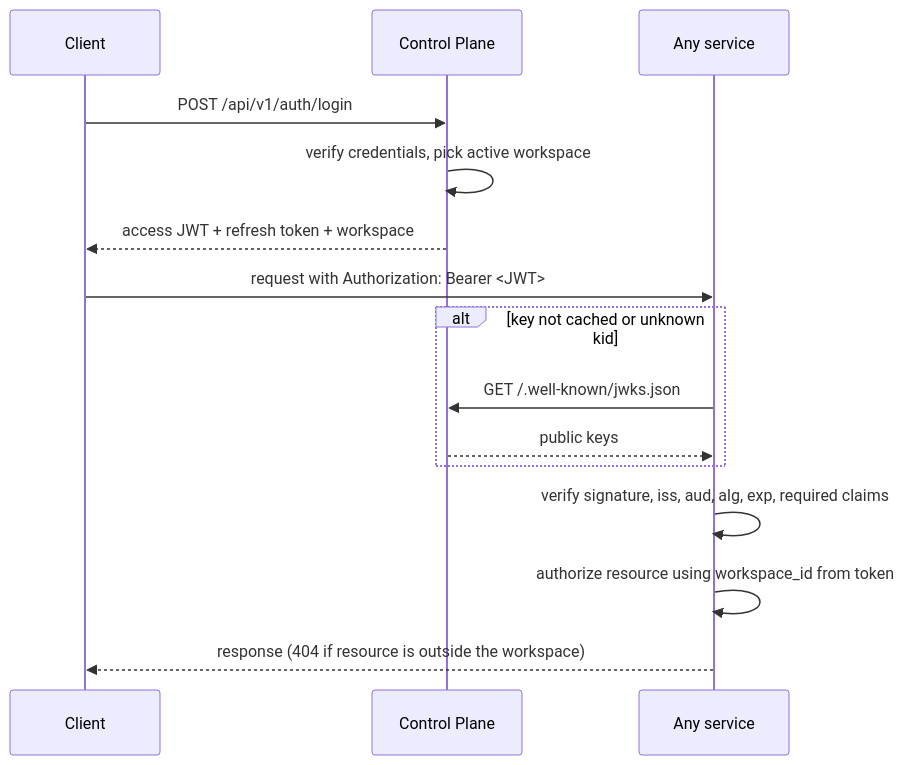
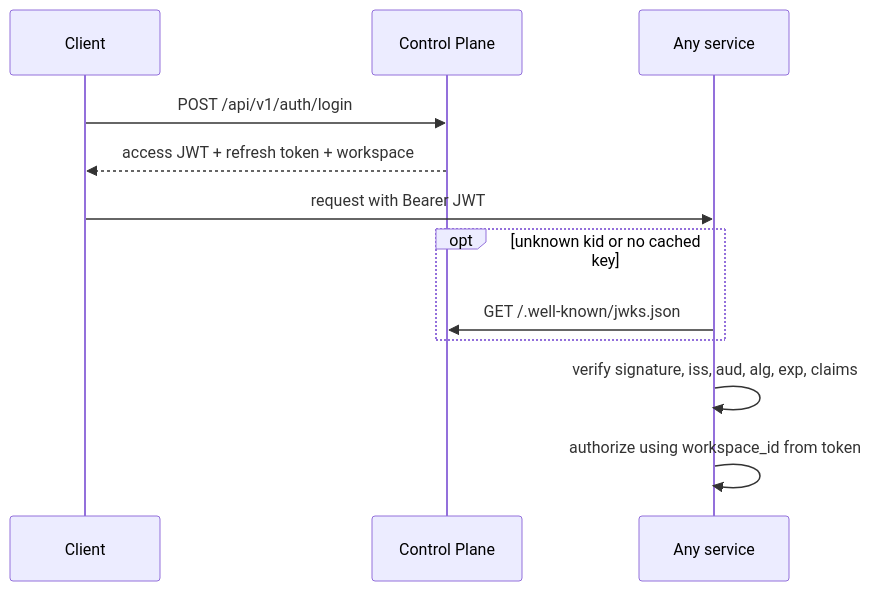
One commit to abhinavashokm/faultline-incident-platform changed the diagram in docs/architecture/user-auth.md. Above: the diagram before and after it, drawn with Mermaid. The commit also changed other lines of this file and 1 other file, not shown here.

````diff
--- a/docs/architecture/user-auth.md
+++ b/docs/architecture/user-auth.md
@@ -33,18 +26,15 @@
 ```mermaid
 sequenceDiagram
   participant C as Client
   participant CP as Control Plane
   participant S as Any service
 
   C->>CP: POST /api/v1/auth/login
-  CP->>CP: verify credentials, pick active workspace
   CP-->>C: access JWT + refresh token + workspace
-  C->>S: request with Authorization: Bearer <JWT>
-  alt key not cached or unknown kid
+  C->>S: request with Bearer JWT
+  opt unknown kid or no cached key
     S->>CP: GET /.well-known/jwks.json
-    CP-->>S: public keys
   end
-  S->>S: verify signature, iss, aud, alg, exp, required claims
-  S->>S: authorize resource using workspace_id from token
-  S-->>C: response (404 if resource is outside the workspace)
+  S->>S: verify signature, iss, aud, alg, exp, claims
+  S->>S: authorize using workspace_id from token
 ```
````
